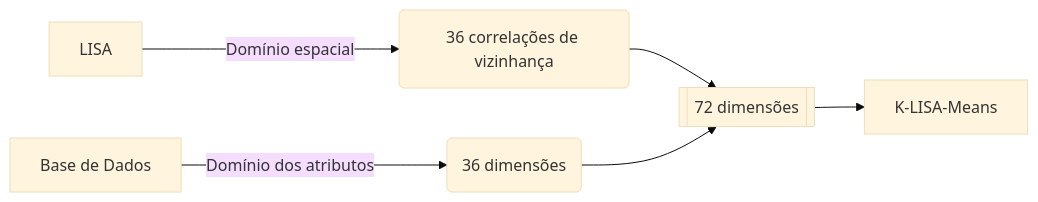
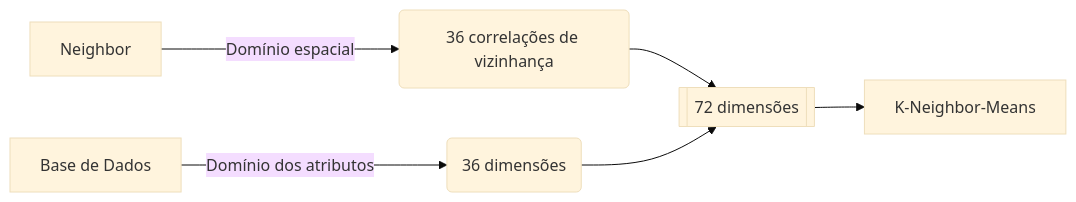
One commit to AndaSampa/meip-sp changed the second of 2 diagrams in diagrama-método.md. Above: the diagram before and after it, drawn with Mermaid (base theme). The commit also changed 3 other files, not shown here.

````diff
--- a/diagrama-método.md
+++ b/diagrama-método.md
@@ -7,8 +7,8 @@
 ```mermaid
 graph LR
     A[Base de Dados] --> |Domínio dos atributos| B(36 dimensões)
-    C[LISA] --> |Domínio espacial| D(36 correlações de vizinhança)
+    C[Neighbor] --> |Domínio espacial| D(36 correlações de vizinhança)
     D --> E[[72 dimensões]]
     B --> E
-    E --> F[K-LISA-Means]
+    E --> F[K-Neighbor-Means]
 ```
````
